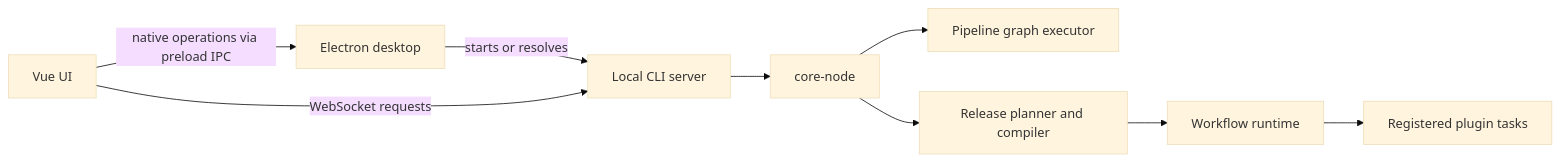
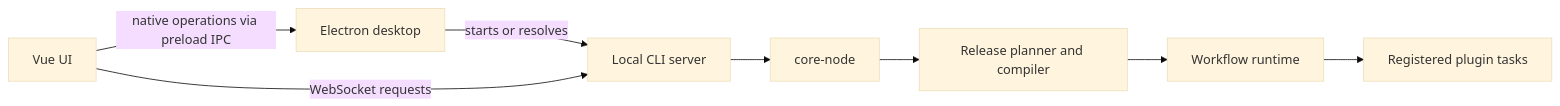
Before and after one commit to CynToolkit/pipelab: the diagram in apps/documentation/assets/architecture/architecture.mermaid, drawn with Mermaid (base theme). The commit also changed 106 other files, not shown here.

```diff
--- a/apps/documentation/assets/architecture/architecture.mermaid
+++ b/apps/documentation/assets/architecture/architecture.mermaid
@@ -1,9 +1,8 @@
 flowchart LR
   Desktop[Electron desktop] -->|starts or resolves| CLI[Local CLI server]
   UI[Vue UI] -->|WebSocket requests| CLI
   UI -->|native operations via preload IPC| Desktop
   CLI --> Core[core-node]
-  Core --> Graph[Pipeline graph executor]
   Core --> Plan[Release planner and compiler]
   Plan --> Runtime[Workflow runtime]
   Runtime --> Plugins[Registered plugin tasks]
```
